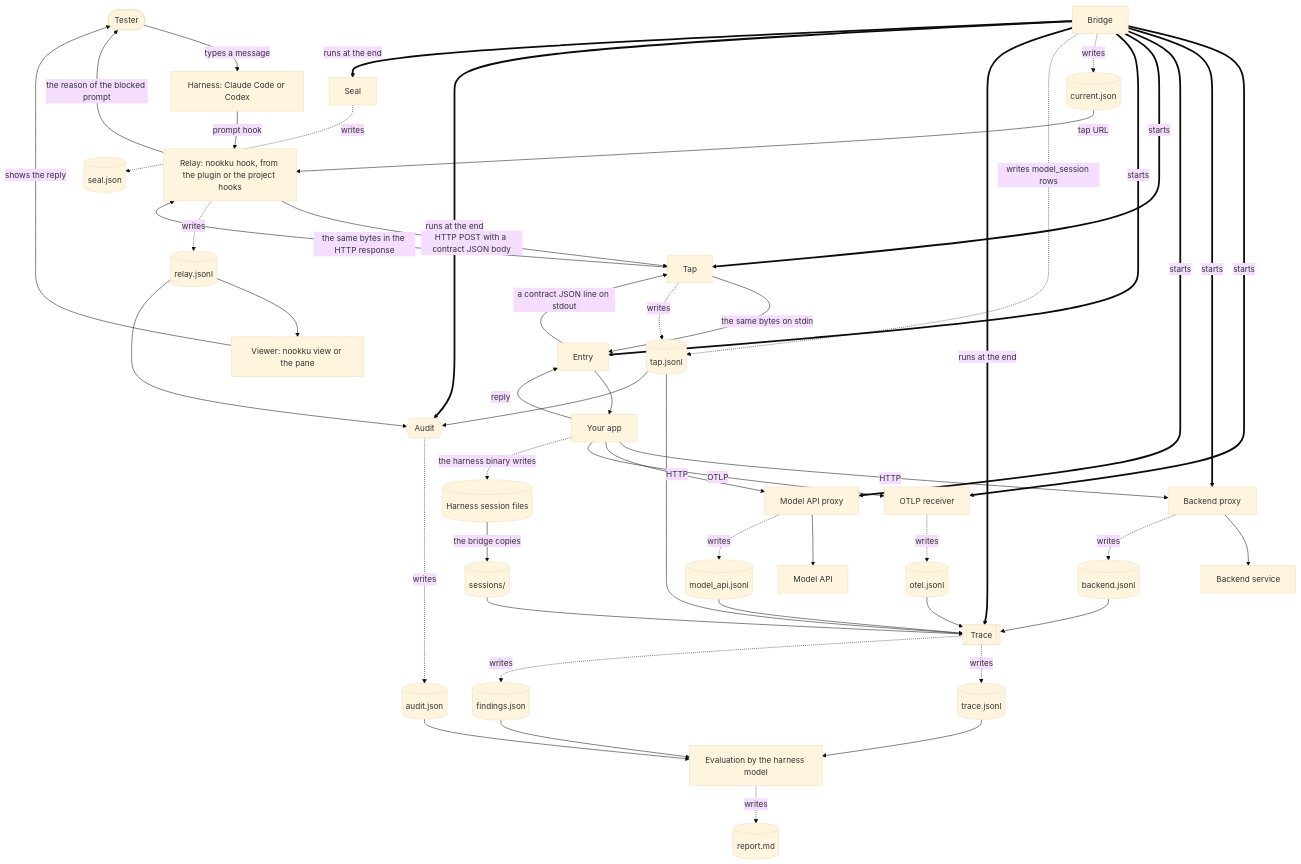
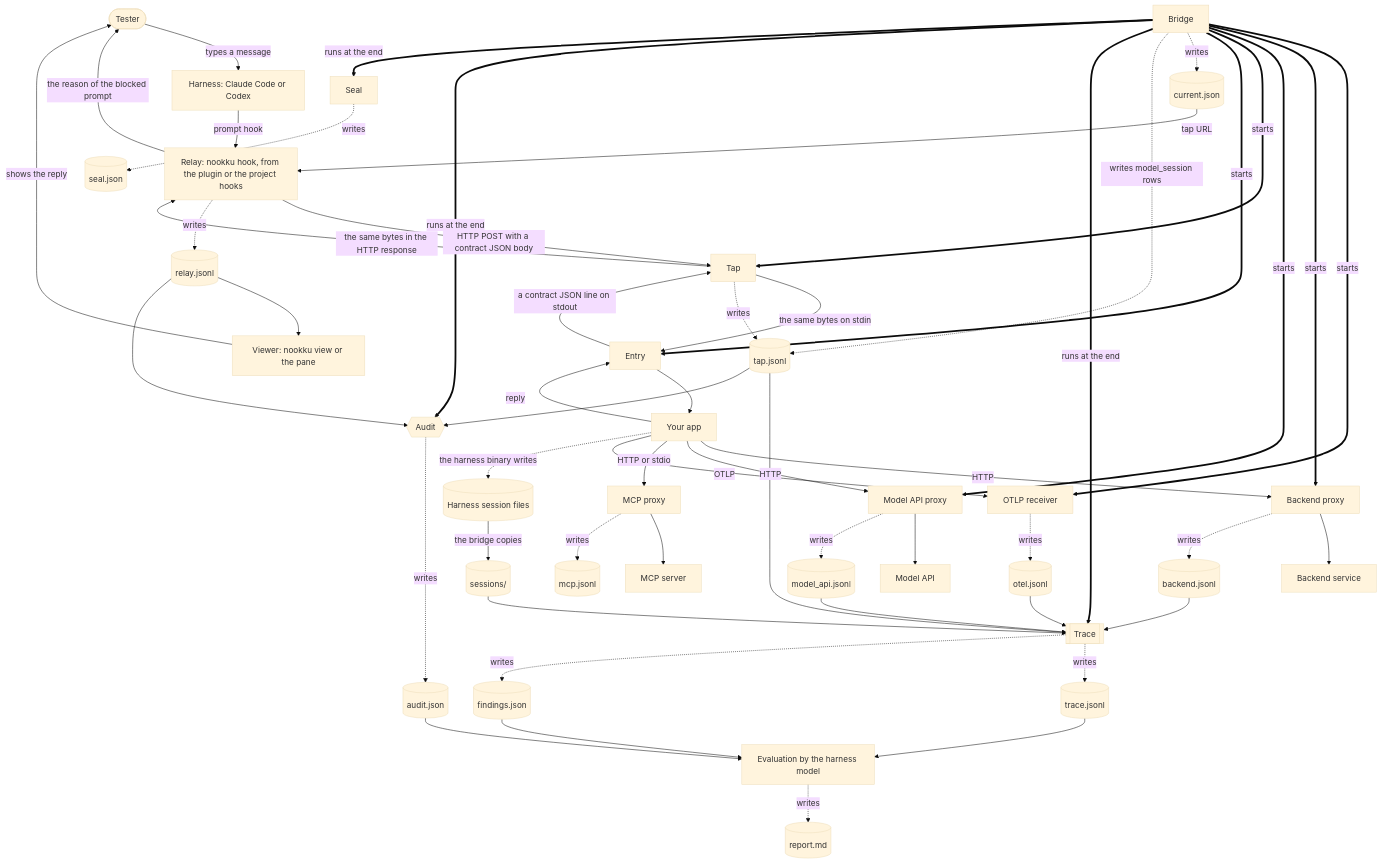
One commit to mohanraj00/nookku changed the first of 4 diagrams in docs/architecture.md. Above: the diagram before and after it, drawn with Mermaid (base theme). The commit also changed other lines of this file and 52 other files, not shown here.

````diff
--- a/docs/architecture.md
+++ b/docs/architecture.md
@@ -13,53 +13,55 @@
 ```mermaid
 flowchart TB
     tester([Tester]) -->|types a message| harness[Harness: Claude Code or Codex]
     harness -->|prompt hook| relay[Relay: nookku hook, from the plugin or the project hooks]
     currentrec[(current.json)] -->|tap URL| relay
     relay -->|HTTP POST with a contract JSON body| tap[Tap]
     tap -->|the same bytes on stdin| entry[Entry]
     entry --> app[Your app]
     app -->|reply| entry
     entry -->|a contract JSON line on stdout| tap
     tap -->|the same bytes in the HTTP response| relay
     relay -->|the reason of the blocked prompt| tester
     relay -.->|writes| relayrec[(relay.jsonl)]
     relayrec --> viewer[Viewer: nookku view or the pane]
     viewer -->|shows the reply| tester
     tap -.->|writes| taprec[(tap.jsonl)]
 
     bridge[Bridge] ==>|starts| otlp[OTLP receiver]
     bridge ==>|starts| bproxy[Backend proxy]
     bridge ==>|starts| mproxy[Model API proxy]
     bridge ==>|starts| tap
     bridge ==>|starts| entry
     bridge -.->|writes| currentrec
     bridge -.->|writes model_session rows| taprec
 
     app -->|HTTP| bproxy --> backend[Backend service]
     app -->|HTTP| mproxy --> api[Model API]
+    app -->|HTTP or stdio| mcpproxy[MCP proxy] --> mcpserver[MCP server]
     app -->|OTLP| otlp
     bproxy -.->|writes| backendrec[(backend.jsonl)]
     mproxy -.->|writes| modelrec[(model_api.jsonl)]
+    mcpproxy -.->|writes| mcprec[(mcp.jsonl)]
     otlp -.->|writes| otelrec[(otel.jsonl)]
     app -.->|the harness binary writes| hsessions[(Harness session files)]
     hsessions -->|the bridge copies| sessions[(sessions/)]
 
     bridge ==>|runs at the end| trace[[Trace]]
     bridge ==>|runs at the end| audit{{Audit}}
     bridge ==>|runs at the end| seal[Seal]
     taprec --> trace
     sessions --> trace
     backendrec --> trace
     modelrec --> trace
     otelrec --> trace
     trace -.->|writes| tracerec[(trace.jsonl)]
     trace -.->|writes| findingsrec[(findings.json)]
     relayrec --> audit
     taprec --> audit
     audit -.->|writes| auditrec[(audit.json)]
     seal -.->|writes| sealrec[(seal.json)]
     tracerec --> eval[Evaluation by the harness model]
     findingsrec --> eval
     auditrec --> eval
     eval -.->|writes| report[(report.md)]
 ```
````
